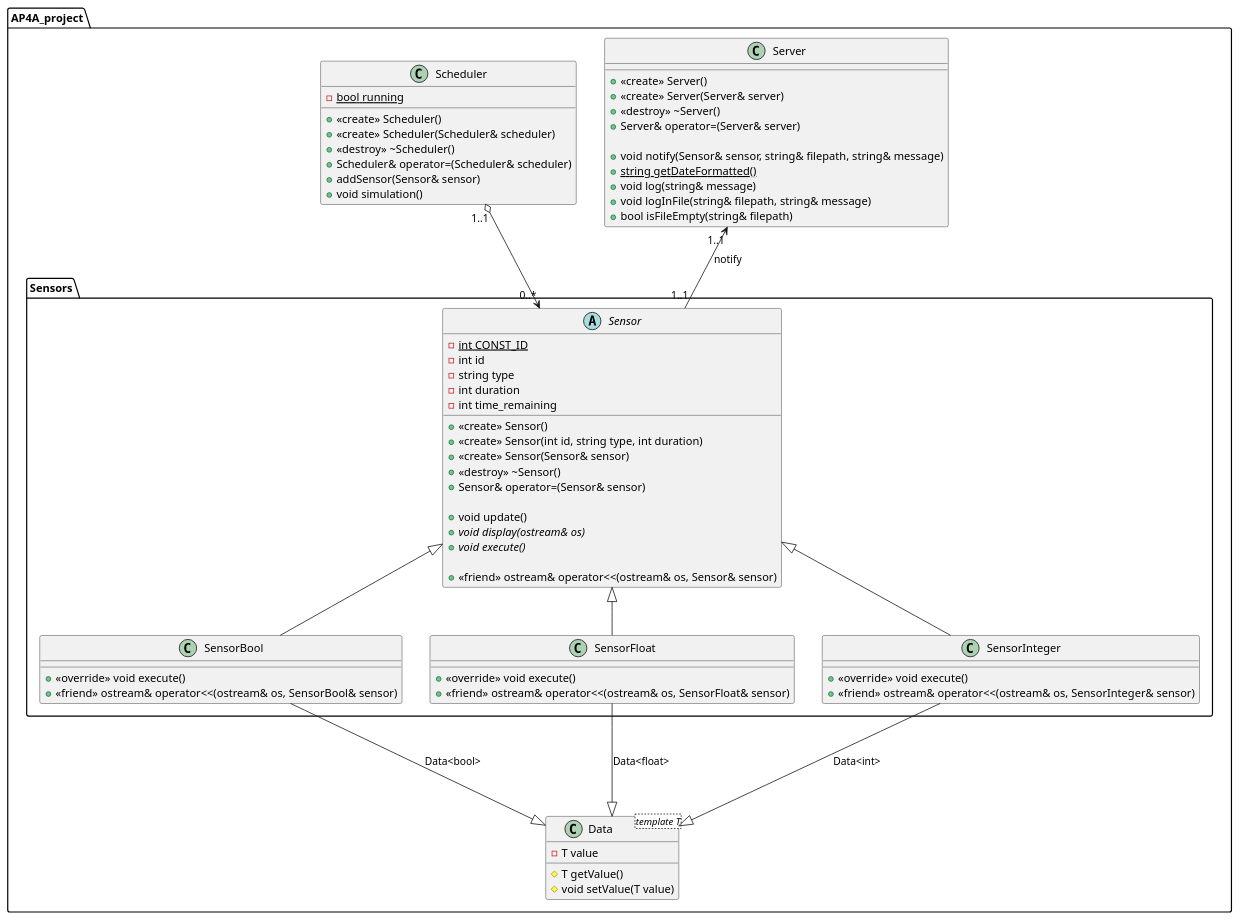
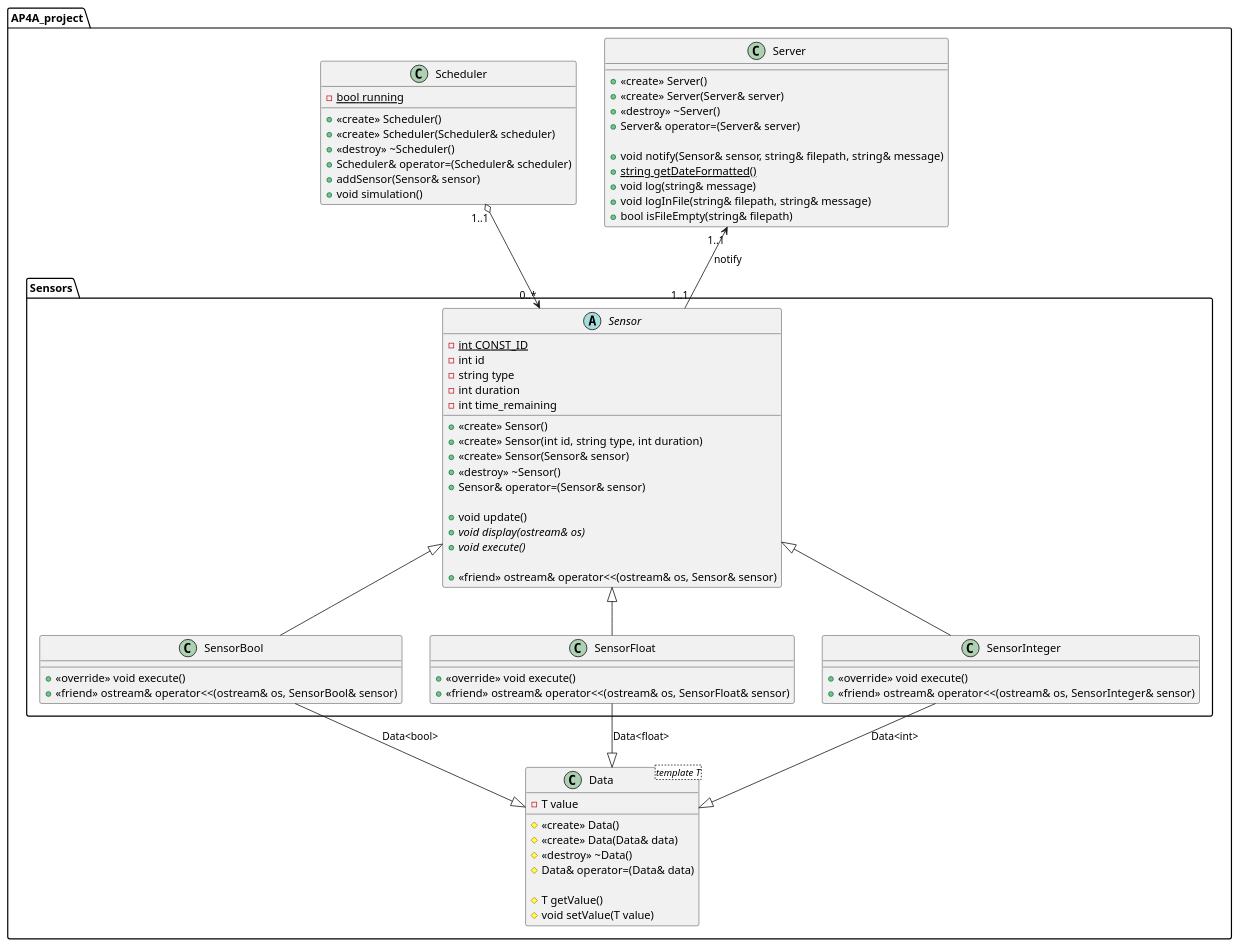
One commit to MrArnaudMichel/AP4A_projet changed the diagram in projet.puml. Above: the diagram before and after it, drawn with PlantUML. The commit also changed 1 other file, not shown here.

```diff
--- a/projet.puml
+++ b/projet.puml
@@ -1,84 +1,90 @@
 @startuml
 
 
 package AP4A_project{
     class Server{
         + <<create>> Server()
         + <<create>> Server(Server& server)
         + <<destroy>> ~Server()
         + Server& operator=(Server& server)
 
         + void notify(Sensor& sensor, string& filepath, string& message)
         + {static} string getDateFormatted()
         + void log(string& message)
         + void logInFile(string& filepath, string& message)
         + bool isFileEmpty(string& filepath)
     }
 
     class Scheduler{
         + <<create>> Scheduler()
         + <<create>> Scheduler(Scheduler& scheduler)
         + <<destroy>> ~Scheduler()
         + Scheduler& operator=(Scheduler& scheduler)
 
         - {static} bool running
         + addSensor(Sensor& sensor)
         + void simulation()
     }
 
     package Sensors{
         abstract class Sensor{
             - {static} int CONST_ID
             - int id
             - string type
             - int duration
             - int time_remaining
 
             + <<create>> Sensor()
             + <<create>> Sensor(int id, string type, int duration)
             + <<create>> Sensor(Sensor& sensor)
             + <<destroy>> ~Sensor()
             + Sensor& operator=(Sensor& sensor)
 
             + void update()
             + {abstract} void display(ostream& os)
             + {abstract} void execute()
 
             + <<friend>> ostream& operator<<(ostream& os, Sensor& sensor)
         }
 
         Server "1..1" <-- "1..1" Sensor: notify
 
         class SensorBool{
             + <<override>> void execute()
             + <<friend>> ostream& operator<<(ostream& os, SensorBool& sensor)
         }
 
         class SensorFloat{
             + <<override>> void execute()
             + <<friend>> ostream& operator<<(ostream& os, SensorFloat& sensor)
         }
 
         class SensorInteger{
             + <<override>> void execute()
             + <<friend>> ostream& operator<<(ostream& os, SensorInteger& sensor)
         }
 
         Sensor <|-- SensorBool
         Sensor <|-- SensorFloat
         Sensor <|-- SensorInteger
 
         Scheduler "1..1" o--> "0..*" Sensor
     }
 
     class Data<template T>{
         - T value
+
+        # <<create>> Data()
+        # <<create>> Data(Data& data)
+        # <<destroy>> ~Data()
+        # Data& operator=(Data& data)
+
         # T getValue()
         # void setValue(T value)
     }
 
-    SensorBool ---|> Data: Data<bool>
-    SensorFloat ---|> Data: Data<float>
-    SensorInteger ---|> Data: Data<int>
+    SensorBool --|> Data: Data<bool>
+    SensorFloat --|> Data: Data<float>
+    SensorInteger --|> Data: Data<int>
 }
 @enduml
```
